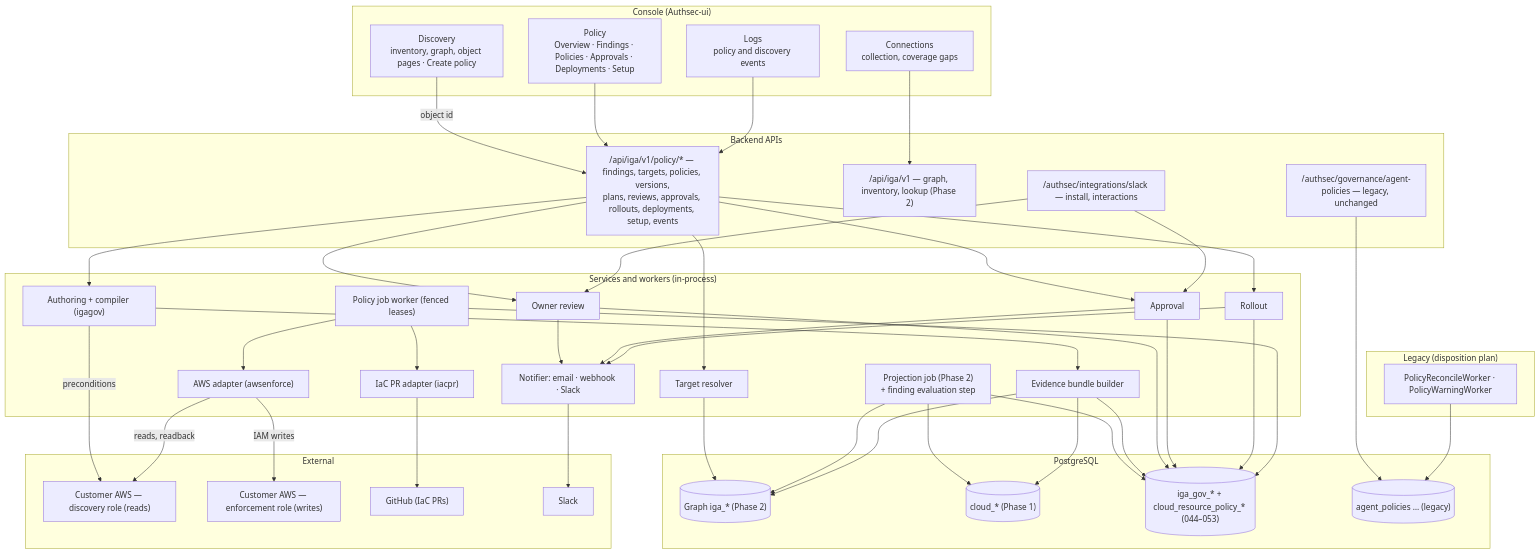
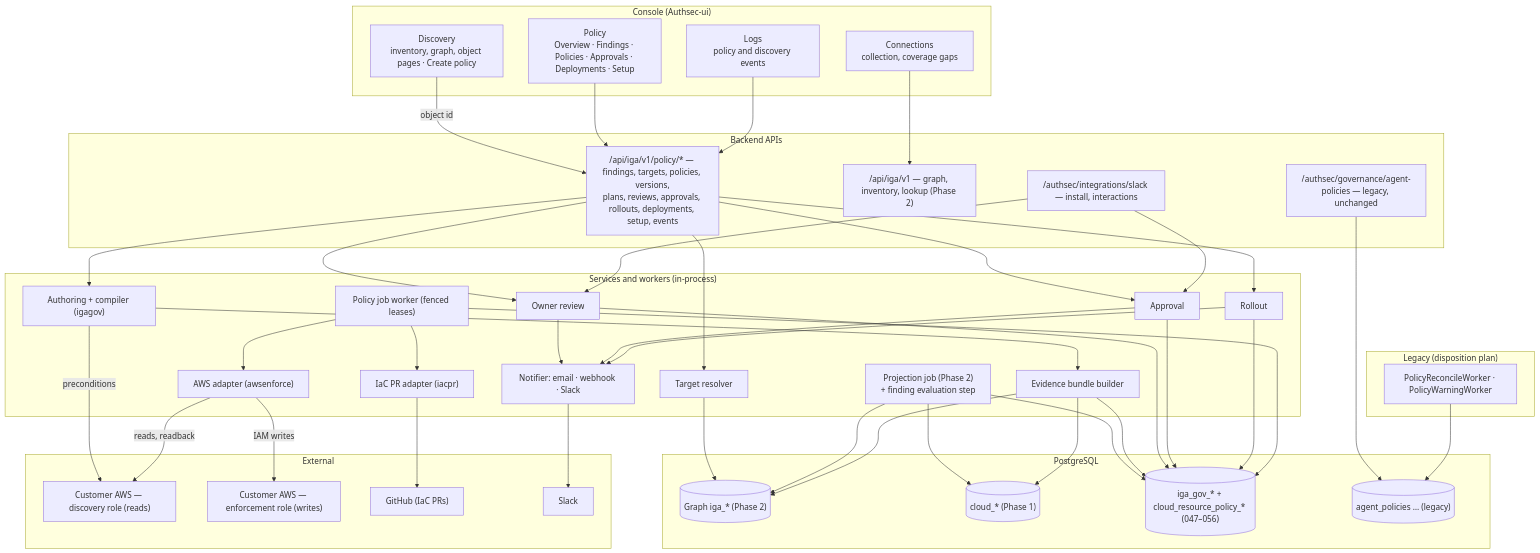
The first of 3 diagrams in .claude/specs/SPEC-iga-phase3-policy.md (authsec-ai/authsec), drawn with Mermaid before and after one commit. The commit also changed other lines of this file and 33 other files, not shown here.

````diff
--- a/.claude/specs/SPEC-iga-phase3-policy.md
+++ b/.claude/specs/SPEC-iga-phase3-policy.md
@@ -1163,68 +1163,68 @@
 ```mermaid
 flowchart TB
   subgraph UI["Console (Authsec-ui)"]
     CON["Connections<br/>collection, coverage gaps"]
     DIS["Discovery<br/>inventory, graph, object pages · Create policy"]
     POL["Policy<br/>Overview · Findings · Policies · Approvals · Deployments · Setup"]
     LOG["Logs<br/>policy and discovery events"]
   end
 
   subgraph API["Backend APIs"]
     PAPI["/api/iga/v1/policy/* — findings, targets, policies, versions,<br/>plans, reviews, approvals, rollouts, deployments, setup, events"]
     GAPI["/api/iga/v1 — graph, inventory, lookup (Phase 2)"]
     SLK["/authsec/integrations/slack — install, interactions"]
     LEG["/authsec/governance/agent-policies — legacy, unchanged"]
   end
 
   subgraph SVC["Services and workers (in-process)"]
     PROJ["Projection job (Phase 2)<br/>+ finding evaluation step"]
     RES["Target resolver"]
     AUTH["Authoring + compiler (igagov)"]
     BUN["Evidence bundle builder"]
     OWN["Owner review"]
     APPR["Approval"]
     ROLL["Rollout"]
     JOB["Policy job worker (fenced leases)"]
     ADP["AWS adapter (awsenforce)"]
     IAC["IaC PR adapter (iacpr)"]
     NOTIF["Notifier: email · webhook · Slack"]
   end
 
   subgraph LEGSVC["Legacy (disposition plan)"]
     REC["PolicyReconcileWorker · PolicyWarningWorker"]
   end
 
   subgraph DATA["PostgreSQL"]
     G[("Graph iga_* (Phase 2)")]
     RAW[("cloud_* (Phase 1)")]
-    P3[("iga_gov_* + cloud_resource_policy_* (044–053)")]
+    P3[("iga_gov_* + cloud_resource_policy_* (047–056)")]
     AP[("agent_policies … (legacy)")]
   end
 
   subgraph EXT["External"]
     DROLE["Customer AWS — discovery role (reads)"]
     EROLE["Customer AWS — enforcement role (writes)"]
     GH["GitHub (IaC PRs)"]
     SLACK["Slack"]
   end
 
   DIS -->|object id| PAPI
   POL --> PAPI
   LOG --> PAPI
   CON --> GAPI
   PAPI --> RES & AUTH & OWN & APPR & ROLL
   RES --> G
   SLK --> APPR & OWN
   PROJ --> G & RAW & P3
   AUTH --> BUN
   BUN --> G & RAW & P3
   AUTH -->|preconditions| DROLE
   OWN & APPR & ROLL --> P3 & NOTIF
   JOB --> ADP & IAC & P3
   ADP -->|reads, readback| DROLE
   ADP -->|IAM writes| EROLE
   IAC --> GH
   NOTIF --> SLACK
   LEG --> AP
   REC --> AP
 ```
````
